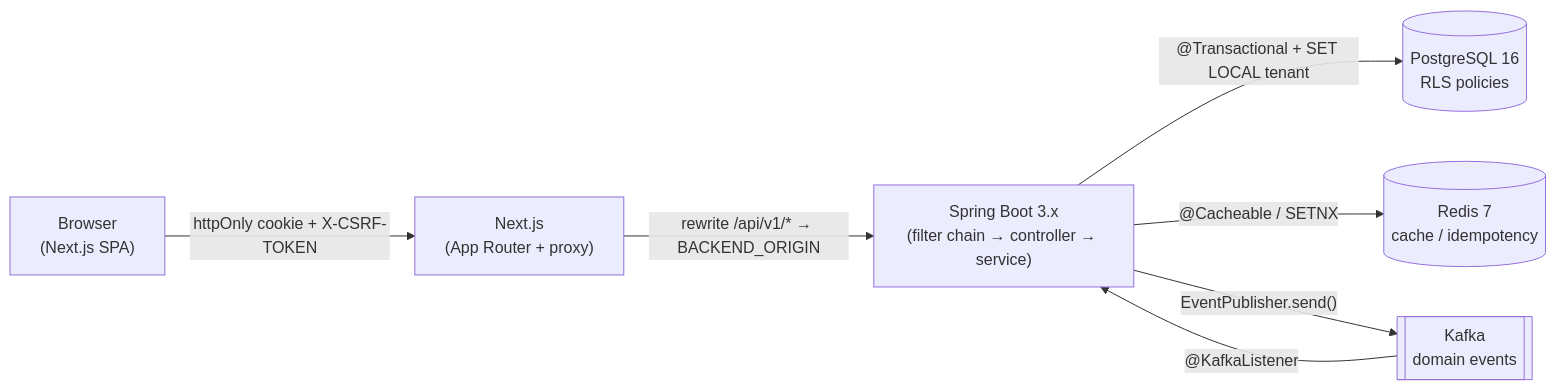
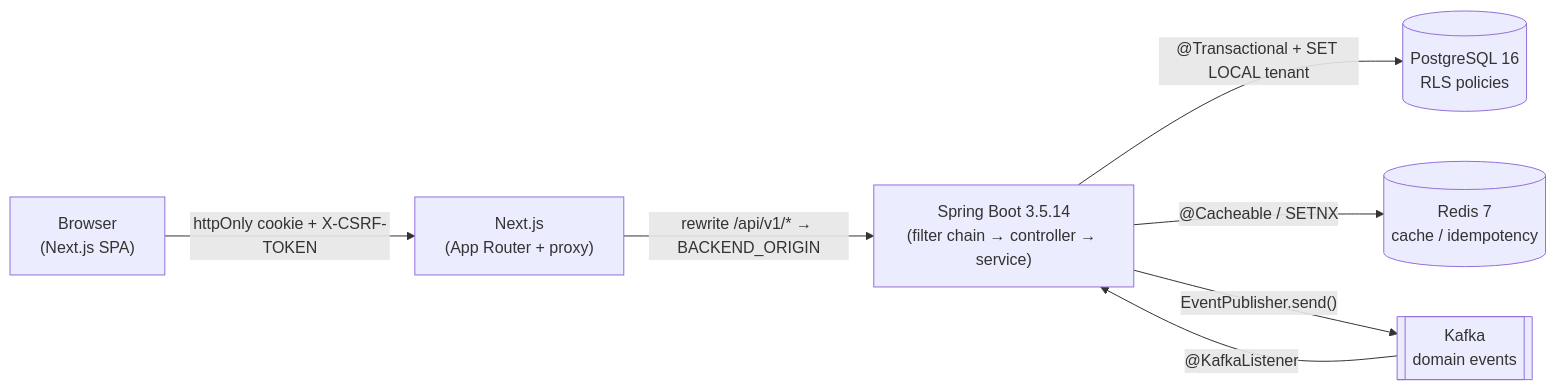
The first of 7 diagrams in docs/obsidian/12-Knowledge-Graph/Data-Flows.md (fayaz30395/nu-aura), drawn with Mermaid before and after one commit. The commit also changed other lines of this file and 45 other files, not shown here.

````diff
--- a/docs/obsidian/12-Knowledge-Graph/Data-Flows.md
+++ b/docs/obsidian/12-Knowledge-Graph/Data-Flows.md
@@ -36,16 +36,16 @@
 ```mermaid
 flowchart LR
     Browser["Browser<br/>(Next.js SPA)"]
     Next["Next.js<br/>(App Router + proxy)"]
-    Spring["Spring Boot 3.x<br/>(filter chain → controller → service)"]
+    Spring["Spring Boot 3.5.14<br/>(filter chain → controller → service)"]
     PG[("PostgreSQL 16<br/>RLS policies")]
     Redis[("Redis 7<br/>cache / idempotency")]
     Kafka[["Kafka<br/>domain events"]]
 
     Browser -->|"httpOnly cookie + X-CSRF-TOKEN"| Next
     Next -->|"rewrite /api/v1/* → BACKEND_ORIGIN"| Spring
     Spring -->|"@Transactional + SET LOCAL tenant"| PG
     Spring -->|"@Cacheable / SETNX"| Redis
     Spring -->|"EventPublisher.send()"| Kafka
     Kafka -->|"@KafkaListener"| Spring
 ```
````
